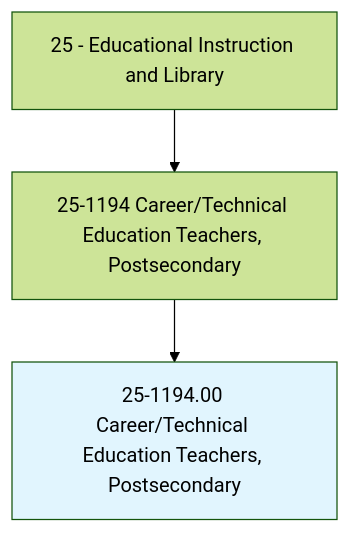
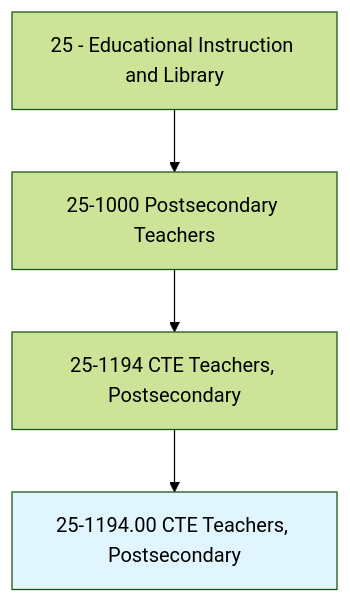
One commit to kziemski/business.org.ai changed the first of 4 diagrams in occupations/Education/CareerTechnicalEducationTeachersPostsecondary.mdx. Above: the diagram before and after it, drawn with Mermaid (forest theme). The commit also changed other lines of this file and 938 other files, not shown here.

````diff
--- a/occupations/Education/CareerTechnicalEducationTeachersPostsecondary.mdx
+++ b/occupations/Education/CareerTechnicalEducationTeachersPostsecondary.mdx
@@ -19,6 +23,7 @@
 ```mermaid
 graph TD
-    Cat25["25 - Educational Instruction and Library"] --> Group251194["25-1194 Career/Technical Education Teachers, Postsecondary"]
-    Group251194 --> Current["25-1194.00 Career/Technical Education Teachers, Postsecondary"]
+    Cat25["25 - Educational Instruction and Library"] --> Group251["25-1000 Postsecondary Teachers"]
+    Group251 --> Group251194["25-1194 CTE Teachers, Postsecondary"]
+    Group251194 --> Current["25-1194.00 CTE Teachers, Postsecondary"]
     style Current fill:#e1f5fe
 ```
````
